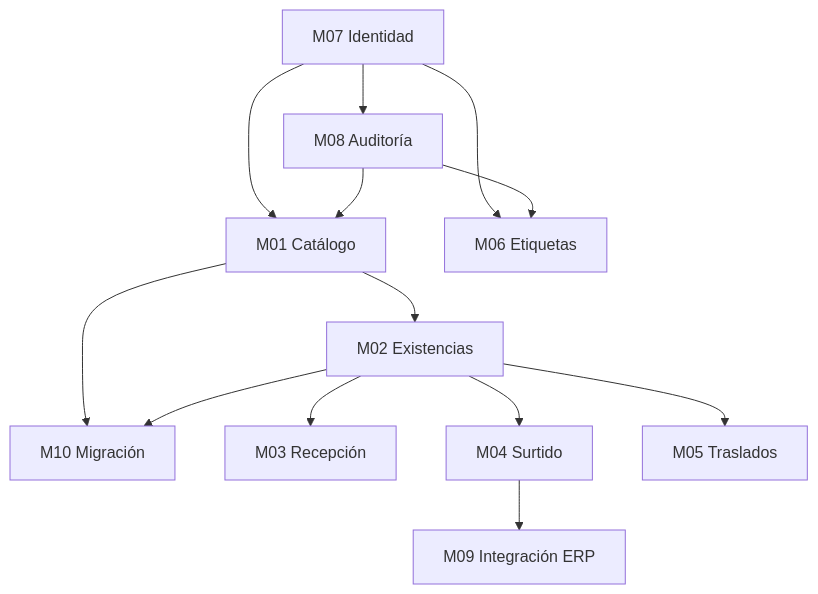
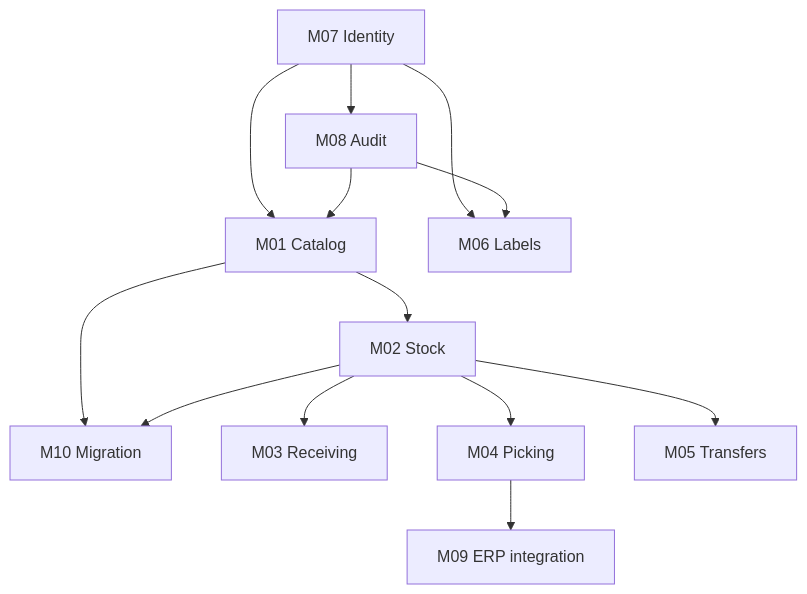
The diagram in docs/plan/PLAN-IMPLEMENTACION.md (maag070208/AXZY_STOCK_FLOW), drawn with Mermaid before and after one commit. The commit also changed other lines of this file and 31 other files, not shown here.

````diff
--- a/docs/plan/PLAN-IMPLEMENTACION.md
+++ b/docs/plan/PLAN-IMPLEMENTACION.md
@@ -115,15 +115,15 @@
 ```mermaid
 flowchart TD
-    M07[M07 Identidad] --> M08[M08 Auditoría]
-    M07 --> M01[M01 Catálogo]
+    M07[M07 Identity] --> M08[M08 Audit]
+    M07 --> M01[M01 Catalog]
     M08 --> M01
-    M01 --> M02[M02 Existencias]
-    M01 --> M10[M10 Migración]
-    M02 --> M03[M03 Recepción]
-    M02 --> M04[M04 Surtido]
-    M02 --> M05[M05 Traslados]
-    M04 --> M09[M09 Integración ERP]
-    M07 --> M06[M06 Etiquetas]
+    M01 --> M02[M02 Stock]
+    M01 --> M10[M10 Migration]
+    M02 --> M03[M03 Receiving]
+    M02 --> M04[M04 Picking]
+    M02 --> M05[M05 Transfers]
+    M04 --> M09[M09 ERP integration]
+    M07 --> M06[M06 Labels]
     M08 --> M06
     M02 --> M10
 ```
````
